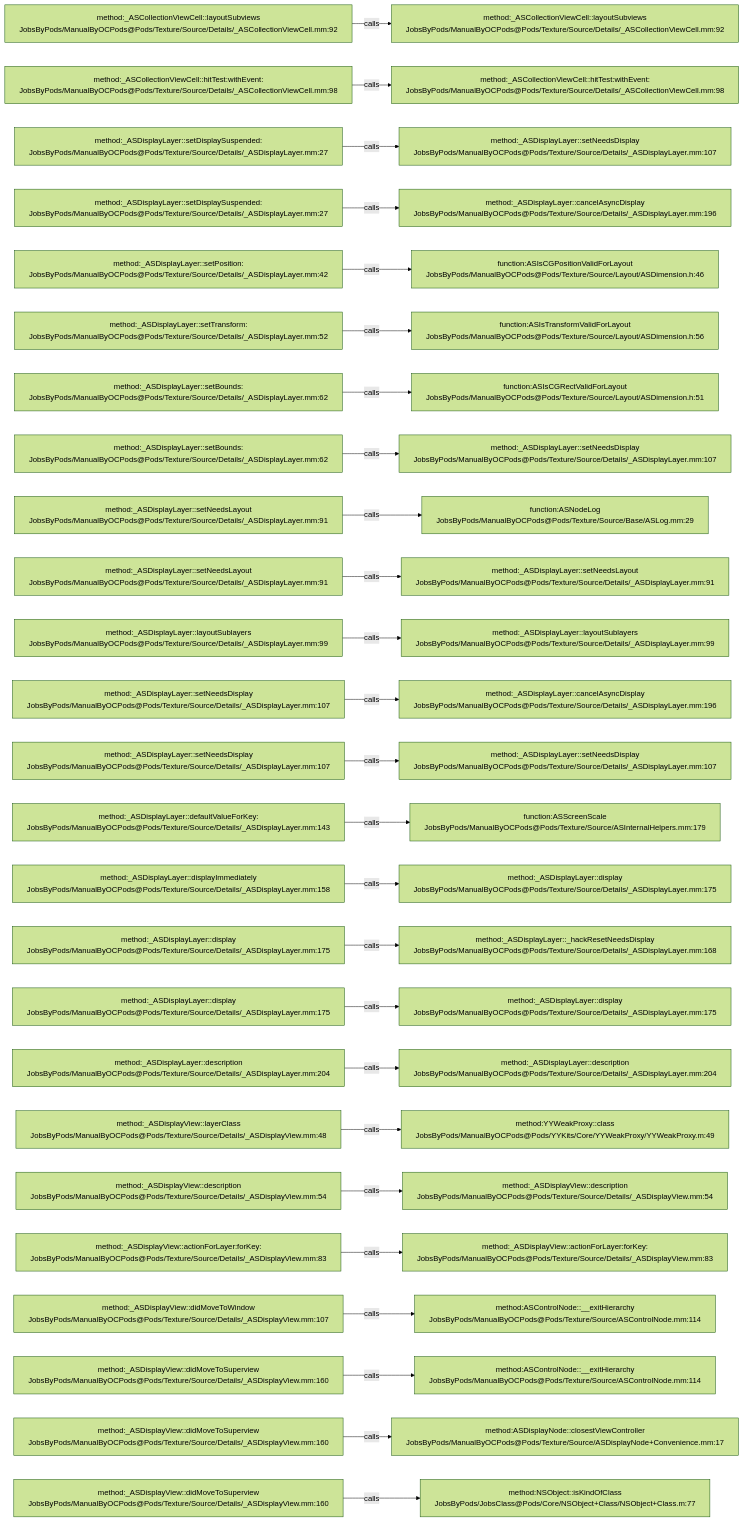
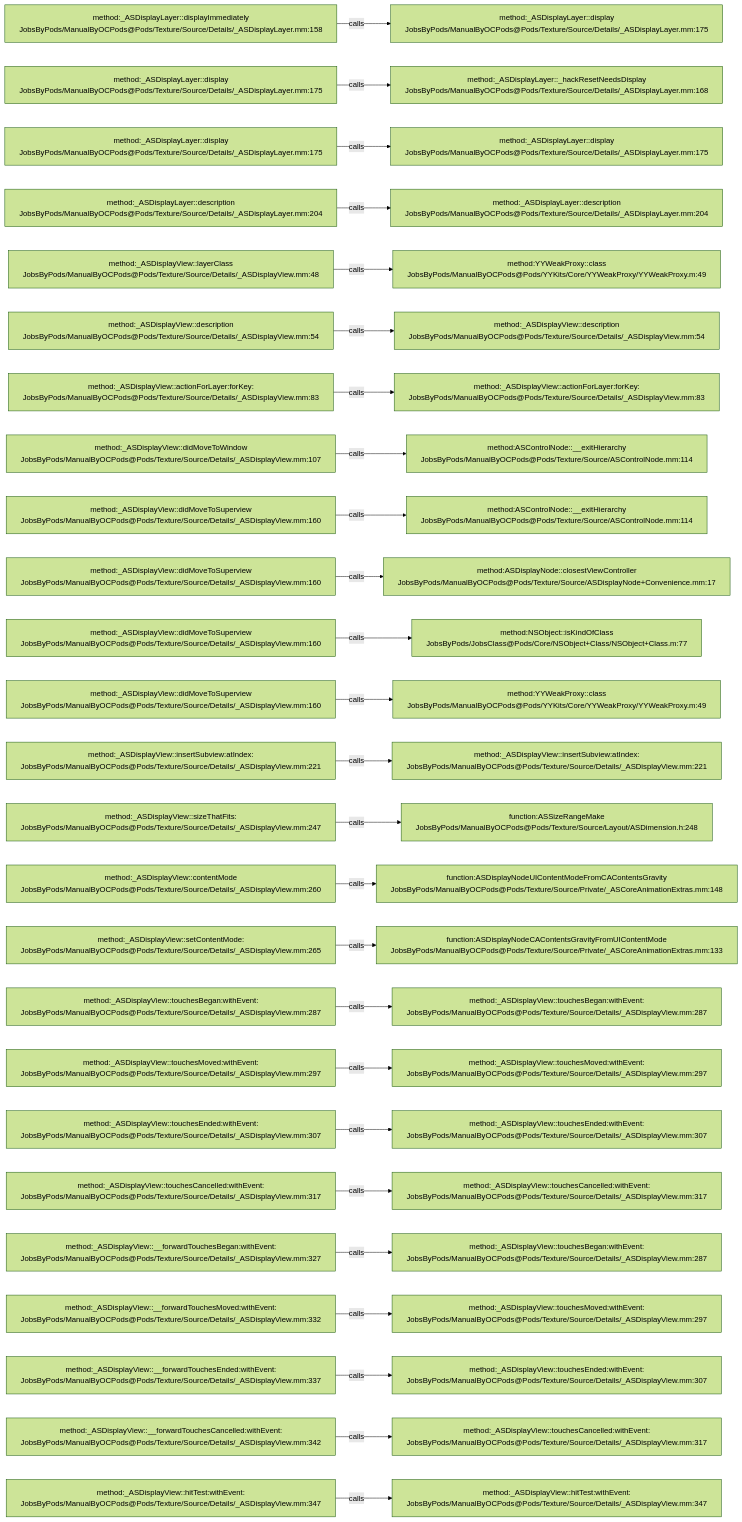
One commit to JobsKits/JobsOCBaseConfigDemo changed the diagram in .codegraph/codegraph.md/graphs/calls-173.md. Above: the diagram before and after it, drawn with Mermaid (forest theme). The commit also changed 296 other files, not shown here.

````diff
--- a/.codegraph/codegraph.md/graphs/calls-173.md
+++ b/.codegraph/codegraph.md/graphs/calls-173.md
@@ -13,78 +13,78 @@
 ```mermaid
 flowchart LR
-  S1["method:_ASCollectionViewCell::layoutSubviews<br/>JobsByPods/ManualByOCPods@Pods/Texture/Source/Details/_ASCollectionViewCell.mm:92"]
-  T1["method:_ASCollectionViewCell::layoutSubviews<br/>JobsByPods/ManualByOCPods@Pods/Texture/Source/Details/_ASCollectionViewCell.mm:92"]
+  S1["method:_ASDisplayLayer::displayImmediately<br/>JobsByPods/ManualByOCPods@Pods/Texture/Source/Details/_ASDisplayLayer.mm:158"]
+  T1["method:_ASDisplayLayer::display<br/>JobsByPods/ManualByOCPods@Pods/Texture/Source/Details/_ASDisplayLayer.mm:175"]
   S1 -->|calls| T1
-  S2["method:_ASCollectionViewCell::hitTest:withEvent:<br/>JobsByPods/ManualByOCPods@Pods/Texture/Source/Details/_ASCollectionViewCell.mm:98"]
-  T2["method:_ASCollectionViewCell::hitTest:withEvent:<br/>JobsByPods/ManualByOCPods@Pods/Texture/Source/Details/_ASCollectionViewCell.mm:98"]
+  S2["method:_ASDisplayLayer::display<br/>JobsByPods/ManualByOCPods@Pods/Texture/Source/Details/_ASDisplayLayer.mm:175"]
+  T2["method:_ASDisplayLayer::_hackResetNeedsDisplay<br/>JobsByPods/ManualByOCPods@Pods/Texture/Source/Details/_ASDisplayLayer.mm:168"]
   S2 -->|calls| T2
-  S3["method:_ASDisplayLayer::setDisplaySuspended:<br/>JobsByPods/ManualByOCPods@Pods/Texture/Source/Details/_ASDisplayLayer.mm:27"]
-  T3["method:_ASDisplayLayer::setNeedsDisplay<br/>JobsByPods/ManualByOCPods@Pods/Texture/Source/Details/_ASDisplayLayer.mm:107"]
+  S3["method:_ASDisplayLayer::display<br/>JobsByPods/ManualByOCPods@Pods/Texture/Source/Details/_ASDisplayLayer.mm:175"]
+  T3["method:_ASDisplayLayer::display<br/>JobsByPods/ManualByOCPods@Pods/Texture/Source/Details/_ASDisplayLayer.mm:175"]
   S3 -->|calls| T3
-  S4["method:_ASDisplayLayer::setDisplaySuspended:<br/>JobsByPods/ManualByOCPods@Pods/Texture/Source/Details/_ASDisplayLayer.mm:27"]
-  T4["method:_ASDisplayLayer::cancelAsyncDisplay<br/>JobsByPods/ManualByOCPods@Pods/Texture/Source/Details/_ASDisplayLayer.mm:196"]
+  S4["method:_ASDisplayLayer::description<br/>JobsByPods/ManualByOCPods@Pods/Texture/Source/Details/_ASDisplayLayer.mm:204"]
+  T4["method:_ASDisplayLayer::description<br/>JobsByPods/ManualByOCPods@Pods/Texture/Source/Details/_ASDisplayLayer.mm:204"]
   S4 -->|calls| T4
-  S5["method:_ASDisplayLayer::setPosition:<br/>JobsByPods/ManualByOCPods@Pods/Texture/Source/Details/_ASDisplayLayer.mm:42"]
-  T5["function:ASIsCGPositionValidForLayout<br/>JobsByPods/ManualByOCPods@Pods/Texture/Source/Layout/ASDimension.h:46"]
+  S5["method:_ASDisplayView::layerClass<br/>JobsByPods/ManualByOCPods@Pods/Texture/Source/Details/_ASDisplayView.mm:48"]
+  T5["method:YYWeakProxy::class<br/>JobsByPods/ManualByOCPods@Pods/YYKits/Core/YYWeakProxy/YYWeakProxy.m:49"]
   S5 -->|calls| T5
-  S6["method:_ASDisplayLayer::setTransform:<br/>JobsByPods/ManualByOCPods@Pods/Texture/Source/Details/_ASDisplayLayer.mm:52"]
-  T6["function:ASIsTransformValidForLayout<br/>JobsByPods/ManualByOCPods@Pods/Texture/Source/Layout/ASDimension.h:56"]
+  S6["method:_ASDisplayView::description<br/>JobsByPods/ManualByOCPods@Pods/Texture/Source/Details/_ASDisplayView.mm:54"]
+  T6["method:_ASDisplayView::description<br/>JobsByPods/ManualByOCPods@Pods/Texture/Source/Details/_ASDisplayView.mm:54"]
   S6 -->|calls| T6
-  S7["method:_ASDisplayLayer::setBounds:<br/>JobsByPods/ManualByOCPods@Pods/Texture/Source/Details/_ASDisplayLayer.mm:62"]
-  T7["function:ASIsCGRectValidForLayout<br/>JobsByPods/ManualByOCPods@Pods/Texture/Source/Layout/ASDimension.h:51"]
+  S7["method:_ASDisplayView::actionForLayer:forKey:<br/>JobsByPods/ManualByOCPods@Pods/Texture/Source/Details/_ASDisplayView.mm:83"]
+  T7["method:_ASDisplayView::actionForLayer:forKey:<br/>JobsByPods/ManualByOCPods@Pods/Texture/Source/Details/_ASDisplayView.mm:83"]
   S7 -->|calls| T7
-  S8["method:_ASDisplayLayer::setBounds:<br/>JobsByPods/ManualByOCPods@Pods/Texture/Source/Details/_ASDisplayLayer.mm:62"]
-  T8["method:_ASDisplayLayer::setNeedsDisplay<br/>JobsByPods/ManualByOCPods@Pods/Texture/Source/Details/_ASDisplayLayer.mm:107"]
+  S8["method:_ASDisplayView::didMoveToWindow<br/>JobsByPods/ManualByOCPods@Pods/Texture/Source/Details/_ASDisplayView.mm:107"]
+  T8["method:ASControlNode::__exitHierarchy<br/>JobsByPods/ManualByOCPods@Pods/Texture/Source/ASControlNode.mm:114"]
   S8 -->|calls| T8
-  S9["method:_ASDisplayLayer::setNeedsLayout<br/>JobsByPods/ManualByOCPods@Pods/Texture/Source/Details/_ASDisplayLayer.mm:91"]
-  T9["function:ASNodeLog<br/>JobsByPods/ManualByOCPods@Pods/Texture/Source/Base/ASLog.mm:29"]
+  S9["method:_ASDisplayView::didMoveToSuperview<br/>JobsByPods/ManualByOCPods@Pods/Texture/Source/Details/_ASDisplayView.mm:160"]
+  T9["method:ASControlNode::__exitHierarchy<br/>JobsByPods/ManualByOCPods@Pods/Texture/Source/ASControlNode.mm:114"]
   S9 -->|calls| T9
-  S10["method:_ASDisplayLayer::setNeedsLayout<br/>JobsByPods/ManualByOCPods@Pods/Texture/Source/Details/_ASDisplayLayer.mm:91"]
-  T10["method:_ASDisplayLayer::setNeedsLayout<br/>JobsByPods/ManualByOCPods@Pods/Texture/Source/Details/_ASDisplayLayer.mm:91"]
+  S10["method:_ASDisplayView::didMoveToSuperview<br/>JobsByPods/ManualByOCPods@Pods/Texture/Source/Details/_ASDisplayView.mm:160"]
+  T10["method:ASDisplayNode::closestViewController<br/>JobsByPods/ManualByOCPods@Pods/Texture/Source/ASDisplayNode+Convenience.mm:17"]
   S10 -->|calls| T10
-  S11["method:_ASDisplayLayer::layoutSublayers<br/>JobsByPods/ManualByOCPods@Pods/Texture/Source/Details/_ASDisplayLayer.mm:99"]
-  T11["method:_ASDisplayLayer::layoutSublayers<br/>JobsByPods/ManualByOCPods@Pods/Texture/Source/Details/_ASDisplayLayer.mm:99"]
+  S11["method:_ASDisplayView::didMoveToSuperview<br/>JobsByPods/ManualByOCPods@Pods/Texture/Source/Details/_ASDisplayView.mm:160"]
+  T11["method:NSObject::isKindOfClass<br/>JobsByPods/JobsClass@Pods/Core/NSObject+Class/NSObject+Class.m:77"]
   S11 -->|calls| T11
-  S12["method:_ASDisplayLayer::setNeedsDisplay<br/>JobsByPods/ManualByOCPods@Pods/Texture/Source/Details/_ASDisplayLayer.mm:107"]
-  T12["method:_ASDisplayLayer::cancelAsyncDisplay<br/>JobsByPods/ManualByOCPods@Pods/Texture/Source/Details/_ASDisplayLayer.mm:196"]
+  S12["method:_ASDisplayView::didMoveToSuperview<br/>JobsByPods/ManualByOCPods@Pods/Texture/Source/Details/_ASDisplayView.mm:160"]
+  T12["method:YYWeakProxy::class<br/>JobsByPods/ManualByOCPods@Pods/YYKits/Core/YYWeakProxy/YYWeakProxy.m:49"]
   S12 -->|calls| T12
-  S13["method:_ASDisplayLayer::setNeedsDisplay<br/>JobsByPods/ManualByOCPods@Pods/Texture/Source/Details/_ASDisplayLayer.mm:107"]
-  T13["method:_ASDisplayLayer::setNeedsDisplay<br/>JobsByPods/ManualByOCPods@Pods/Texture/Source/Details/_ASDisplayLayer.mm:107"]
+  S13["method:_ASDisplayView::insertSubview:atIndex:<br/>JobsByPods/ManualByOCPods@Pods/Texture/Source/Details/_ASDisplayView.mm:221"]
+  T13["method:_ASDisplayView::insertSubview:atIndex:<br/>JobsByPods/ManualByOCPods@Pods/Texture/Source/Details/_ASDisplayView.mm:221"]
   S13 -->|calls| T13
-  S14["method:_ASDisplayLayer::defaultValueForKey:<br/>JobsByPods/ManualByOCPods@Pods/Texture/Source/Details/_ASDisplayLayer.mm:143"]
-  T14["function:ASScreenScale<br/>JobsByPods/ManualByOCPods@Pods/Texture/Source/ASInternalHelpers.mm:179"]
+  S14["method:_ASDisplayView::sizeThatFits:<br/>JobsByPods/ManualByOCPods@Pods/Texture/Source/Details/_ASDisplayView.mm:247"]
+  T14["function:ASSizeRangeMake<br/>JobsByPods/ManualByOCPods@Pods/Texture/Source/Layout/ASDimension.h:248"]
   S14 -->|calls| T14
-  S15["method:_ASDisplayLayer::displayImmediately<br/>JobsByPods/ManualByOCPods@Pods/Texture/Source/Details/_ASDisplayLayer.mm:158"]
-  T15["method:_ASDisplayLayer::display<br/>JobsByPods/ManualByOCPods@Pods/Texture/Source/Details/_ASDisplayLayer.mm:175"]
+  S15["method:_ASDisplayView::contentMode<br/>JobsByPods/ManualByOCPods@Pods/Texture/Source/Details/_ASDisplayView.mm:260"]
+  T15["function:ASDisplayNodeUIContentModeFromCAContentsGravity<br/>JobsByPods/ManualByOCPods@Pods/Texture/Source/Private/_ASCoreAnimationExtras.mm:148"]
   S15 -->|calls| T15
-  S16["method:_ASDisplayLayer::display<br/>JobsByPods/ManualByOCPods@Pods/Texture/Source/Details/_ASDisplayLayer.mm:175"]
-  T16["method:_ASDisplayLayer::_hackResetNeedsDisplay<br/>JobsByPods/ManualByOCPods@Pods/Texture/Source/Details/_ASDisplayLayer.mm:168"]
+  S16["method:_ASDisplayView::setContentMode:<br/>JobsByPods/ManualByOCPods@Pods/Texture/Source/Details/_ASDisplayView.mm:265"]
+  T16["function:ASDisplayNodeCAContentsGravityFromUIContentMode<br/>JobsByPods/ManualByOCPods@Pods/Texture/Source/Private/_ASCoreAnimationExtras.mm:133"]
   S16 -->|calls| T16
-  S17["method:_ASDisplayLayer::display<br/>JobsByPods/ManualByOCPods@Pods/Texture/Source/Details/_ASDisplayLayer.mm:175"]
-  T17["method:_ASDisplayLayer::display<br/>JobsByPods/ManualByOCPods@Pods/Texture/Source/Details/_ASDisplayLayer.mm:175"]
+  S17["method:_ASDisplayView::touchesBegan:withEvent:<br/>JobsByPods/ManualByOCPods@Pods/Texture/Source/Details/_ASDisplayView.mm:287"]
+  T17["method:_ASDisplayView::touchesBegan:withEvent:<br/>JobsByPods/ManualByOCPods@Pods/Texture/Source/Details/_ASDisplayView.mm:287"]
   S17 -->|calls| T17
-  S18["method:_ASDisplayLayer::description<br/>JobsByPods/ManualByOCPods@Pods/Texture/Source/Details/_ASDisplayLayer.mm:204"]
-  T18["method:_ASDisplayLayer::description<br/>JobsByPods/ManualByOCPods@Pods/Texture/Source/Details/_ASDisplayLayer.mm:204"]
+  S18["method:_ASDisplayView::touchesMoved:withEvent:<br/>JobsByPods/ManualByOCPods@Pods/Texture/Source/Details/_ASDisplayView.mm:297"]
+  T18["method:_ASDisplayView::touchesMoved:withEvent:<br/>JobsByPods/ManualByOCPods@Pods/Texture/Source/Details/_ASDisplayView.mm:297"]
   S18 -->|calls| T18
-  S19["method:_ASDisplayView::layerClass<br/>JobsByPods/ManualByOCPods@Pods/Texture/Source/Details/_ASDisplayView.mm:48"]
-  T19["method:YYWeakProxy::class<br/>JobsByPods/ManualByOCPods@Pods/YYKits/Core/YYWeakProxy/YYWeakProxy.m:49"]
+  S19["method:_ASDisplayView::touchesEnded:withEvent:<br/>JobsByPods/ManualByOCPods@Pods/Texture/Source/Details/_ASDisplayView.mm:307"]
+  T19["method:_ASDisplayView::touchesEnded:withEvent:<br/>JobsByPods/ManualByOCPods@Pods/Texture/Source/Details/_ASDisplayView.mm:307"]
   S19 -->|calls| T19
-  S20["method:_ASDisplayView::description<br/>JobsByPods/ManualByOCPods@Pods/Texture/Source/Details/_ASDisplayView.mm:54"]
-  T20["method:_ASDisplayView::description<br/>JobsByPods/ManualByOCPods@Pods/Texture/Source/Details/_ASDisplayView.mm:54"]
+  S20["method:_ASDisplayView::touchesCancelled:withEvent:<br/>JobsByPods/ManualByOCPods@Pods/Texture/Source/Details/_ASDisplayView.mm:317"]
+  T20["method:_ASDisplayView::touchesCancelled:withEvent:<br/>JobsByPods/ManualByOCPods@Pods/Texture/Source/Details/_ASDisplayView.mm:317"]
   S20 -->|calls| T20
-  S21["method:_ASDisplayView::actionForLayer:forKey:<br/>JobsByPods/ManualByOCPods@Pods/Texture/Source/Details/_ASDisplayView.mm:83"]
-  T21["method:_ASDisplayView::actionForLayer:forKey:<br/>JobsByPods/ManualByOCPods@Pods/Texture/Source/Details/_ASDisplayView.mm:83"]
+  S21["method:_ASDisplayView::__forwardTouchesBegan:withEvent:<br/>JobsByPods/ManualByOCPods@Pods/Texture/Source/Details/_ASDisplayView.mm:327"]
+  T21["method:_ASDisplayView::touchesBegan:withEvent:<br/>JobsByPods/ManualByOCPods@Pods/Texture/Source/Details/_ASDisplayView.mm:287"]
   S21 -->|calls| T21
-  S22["method:_ASDisplayView::didMoveToWindow<br/>JobsByPods/ManualByOCPods@Pods/Texture/Source/Details/_ASDisplayView.mm:107"]
-  T22["method:ASControlNode::__exitHierarchy<br/>JobsByPods/ManualByOCPods@Pods/Texture/Source/ASControlNode.mm:114"]
+  S22["method:_ASDisplayView::__forwardTouchesMoved:withEvent:<br/>JobsByPods/ManualByOCPods@Pods/Texture/Source/Details/_ASDisplayView.mm:332"]
+  T22["method:_ASDisplayView::touchesMoved:withEvent:<br/>JobsByPods/ManualByOCPods@Pods/Texture/Source/Details/_ASDisplayView.mm:297"]
   S22 -->|calls| T22
-  S23["method:_ASDisplayView::didMoveToSuperview<br/>JobsByPods/ManualByOCPods@Pods/Texture/Source/Details/_ASDisplayView.mm:160"]
-  T23["method:ASControlNode::__exitHierarchy<br/>JobsByPods/ManualByOCPods@Pods/Texture/Source/ASControlNode.mm:114"]
+  S23["method:_ASDisplayView::__forwardTouchesEnded:withEvent:<br/>JobsByPods/ManualByOCPods@Pods/Texture/Source/Details/_ASDisplayView.mm:337"]
+  T23["method:_ASDisplayView::touchesEnded:withEvent:<br/>JobsByPods/ManualByOCPods@Pods/Texture/Source/Details/_ASDisplayView.mm:307"]
   S23 -->|calls| T23
-  S24["method:_ASDisplayView::didMoveToSuperview<br/>JobsByPods/ManualByOCPods@Pods/Texture/Source/Details/_ASDisplayView.mm:160"]
-  T24["method:ASDisplayNode::closestViewController<br/>JobsByPods/ManualByOCPods@Pods/Texture/Source/ASDisplayNode+Convenience.mm:17"]
+  S24["method:_ASDisplayView::__forwardTouchesCancelled:withEvent:<br/>JobsByPods/ManualByOCPods@Pods/Texture/Source/Details/_ASDisplayView.mm:342"]
+  T24["method:_ASDisplayView::touchesCancelled:withEvent:<br/>JobsByPods/ManualByOCPods@Pods/Texture/Source/Details/_ASDisplayView.mm:317"]
   S24 -->|calls| T24
-  S25["method:_ASDisplayView::didMoveToSuperview<br/>JobsByPods/ManualByOCPods@Pods/Texture/Source/Details/_ASDisplayView.mm:160"]
-  T25["method:NSObject::isKindOfClass<br/>JobsByPods/JobsClass@Pods/Core/NSObject+Class/NSObject+Class.m:77"]
+  S25["method:_ASDisplayView::hitTest:withEvent:<br/>JobsByPods/ManualByOCPods@Pods/Texture/Source/Details/_ASDisplayView.mm:347"]
+  T25["method:_ASDisplayView::hitTest:withEvent:<br/>JobsByPods/ManualByOCPods@Pods/Texture/Source/Details/_ASDisplayView.mm:347"]
   S25 -->|calls| T25
 ```
````
